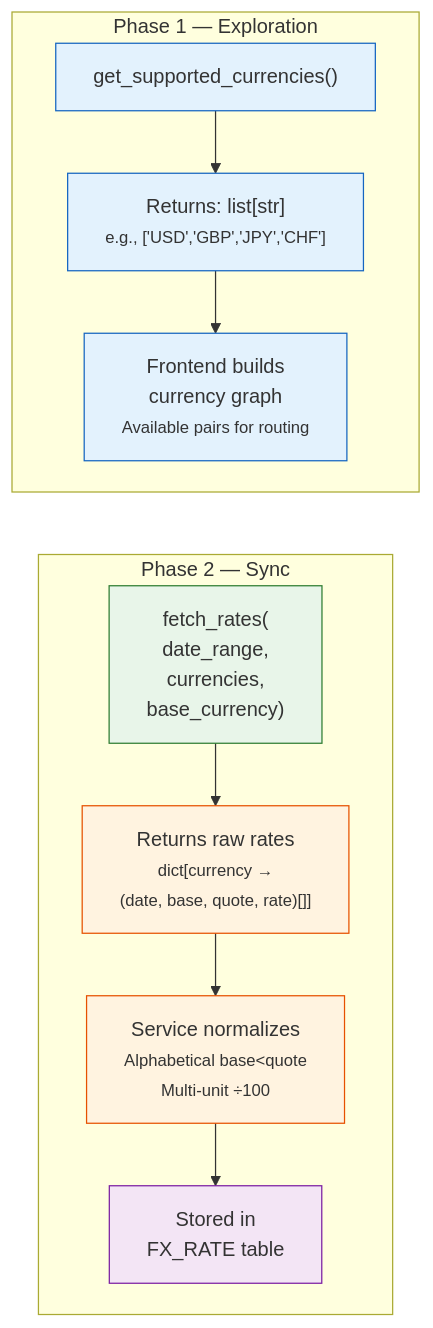
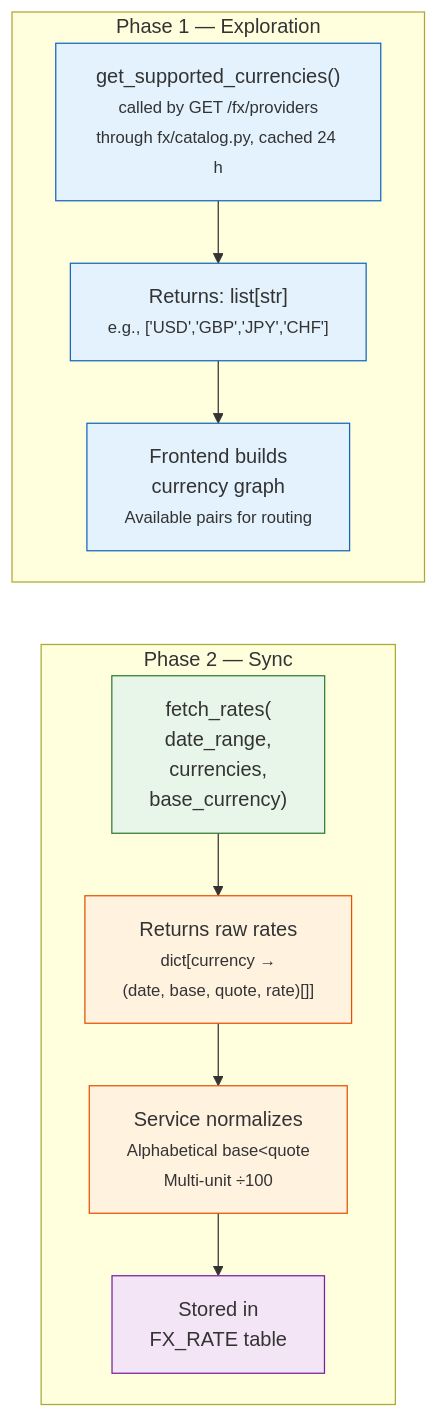
One commit to Librefolio/LibreFolio changed the diagram in mkdocs_src/docs/developer/architecture/patterns/fx_plugin_guide.md. Above: the diagram before and after it, drawn with Mermaid. The commit also changed other lines of this file and 10 other files, not shown here.

First line of the commit message:
feat(fx): cache the providers' supported currencies for a day

````diff
--- a/mkdocs_src/docs/developer/architecture/patterns/fx_plugin_guide.md
+++ b/mkdocs_src/docs/developer/architecture/patterns/fx_plugin_guide.md
@@ -40,23 +40,23 @@
 ```mermaid
 graph TD
     subgraph "Phase 1 — Exploration"
-        E1["get_supported_currencies()"] --> E2["Returns: list[str]<br/><small>e.g., ['USD','GBP','JPY','CHF']</small>"]
+        E1["get_supported_currencies()<br/><small>called by GET /fx/providers<br/>through fx/catalog.py, cached 24 h</small>"] --> E2["Returns: list[str]<br/><small>e.g., ['USD','GBP','JPY','CHF']</small>"]
         E2 --> E3["Frontend builds<br/>currency graph<br/><small>Available pairs for routing</small>"]
     end
 
     subgraph "Phase 2 — Sync"
         S1["fetch_rates(<br/>date_range,<br/>currencies,<br/>base_currency)"] --> S2["Returns raw rates<br/><small>dict[currency →<br/>(date, base, quote, rate)[]]</small>"]
         S2 --> S3["Service normalizes<br/><small>Alphabetical base&lt;quote<br/>Multi-unit ÷100</small>"]
         S3 --> S4["Stored in<br/>FX_RATE table"]
     end
 
     E3 ~~~ S1
 
     style E1 fill:#e3f2fd,stroke:#1565c0
     style E2 fill:#e3f2fd,stroke:#1565c0
     style E3 fill:#e3f2fd,stroke:#1565c0
     style S1 fill:#e8f5e9,stroke:#2e7d32
     style S2 fill:#fff3e0,stroke:#e65100
     style S3 fill:#fff3e0,stroke:#e65100
     style S4 fill:#f3e5f5,stroke:#7b1fa2
 ```
````
